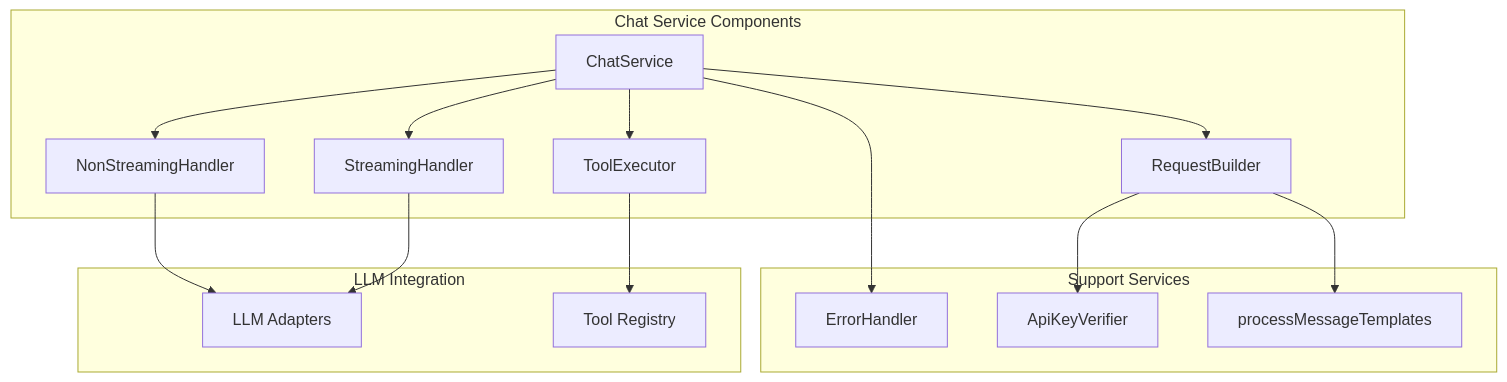
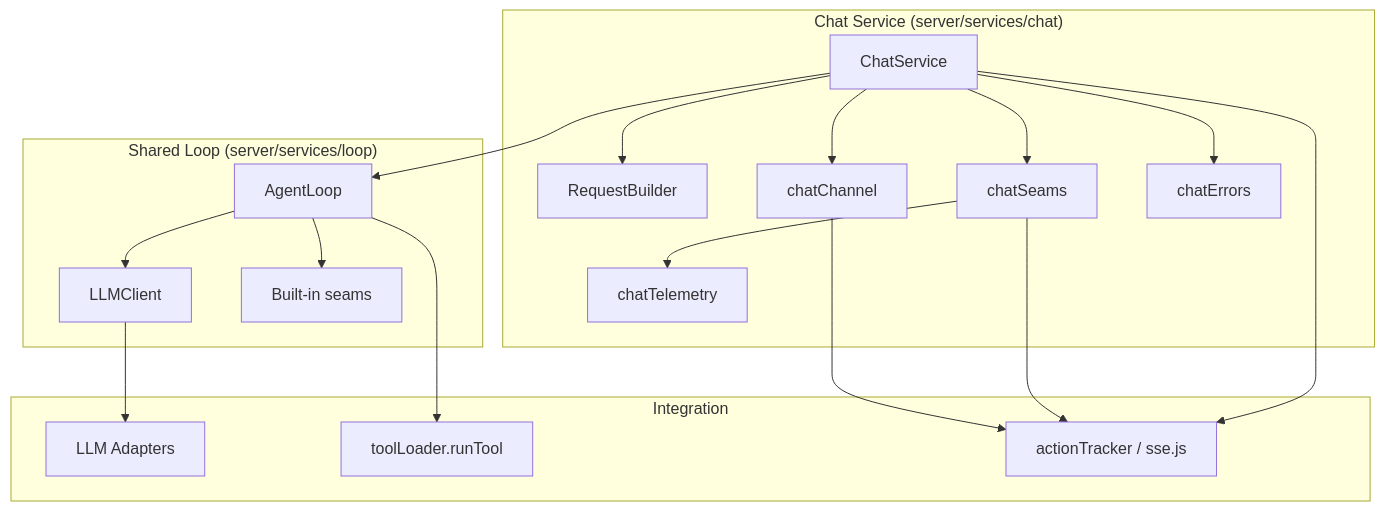
The sixth of 20 diagrams in docs/architecture.md (intrafind/ihub-apps), drawn with Mermaid before and after one commit. The commit also changed other lines of this file and 238 other files, not shown here.

````diff
--- a/docs/architecture.md
+++ b/docs/architecture.md
@@ -288,32 +297,37 @@
 ```mermaid
 graph TB
-    subgraph "Chat Service Components"
+    subgraph "Chat Service (server/services/chat)"
         CS[ChatService]
         RB[RequestBuilder]
-        NSH[NonStreamingHandler]
-        SH[StreamingHandler]
-        TE[ToolExecutor]
+        CC[chatChannel]
+        CSM[chatSeams]
+        CE[chatErrors]
+        CT[chatTelemetry]
     end
-    
-    subgraph "Support Services"
-        EH[ErrorHandler]
-        AKV[ApiKeyVerifier]
-        PMT[processMessageTemplates]
+
+    subgraph "Shared Loop (server/services/loop)"
+        AL[AgentLoop]
+        LC[LLMClient]
+        BS[Built-in seams]
     end
-    
-    subgraph "LLM Integration"
+
+    subgraph "Integration"
         Adapters[LLM Adapters]
-        Tools[Tool Registry]
+        TL[toolLoader.runTool]
+        AT[actionTracker / sse.js]
     end
-    
+
     CS --> RB
-    CS --> NSH
-    CS --> SH
-    CS --> TE
-    CS --> EH
-    RB --> AKV
-    RB --> PMT
-    TE --> Tools
-    NSH --> Adapters
-    SH --> Adapters
+    CS --> AL
+    CS --> CC
+    CS --> CSM
+    CS --> CE
+    CSM --> CT
+    AL --> LC
+    AL --> BS
+    AL --> TL
+    LC --> Adapters
+    CC --> AT
+    CSM --> AT
+    CS --> AT
 ```
````
